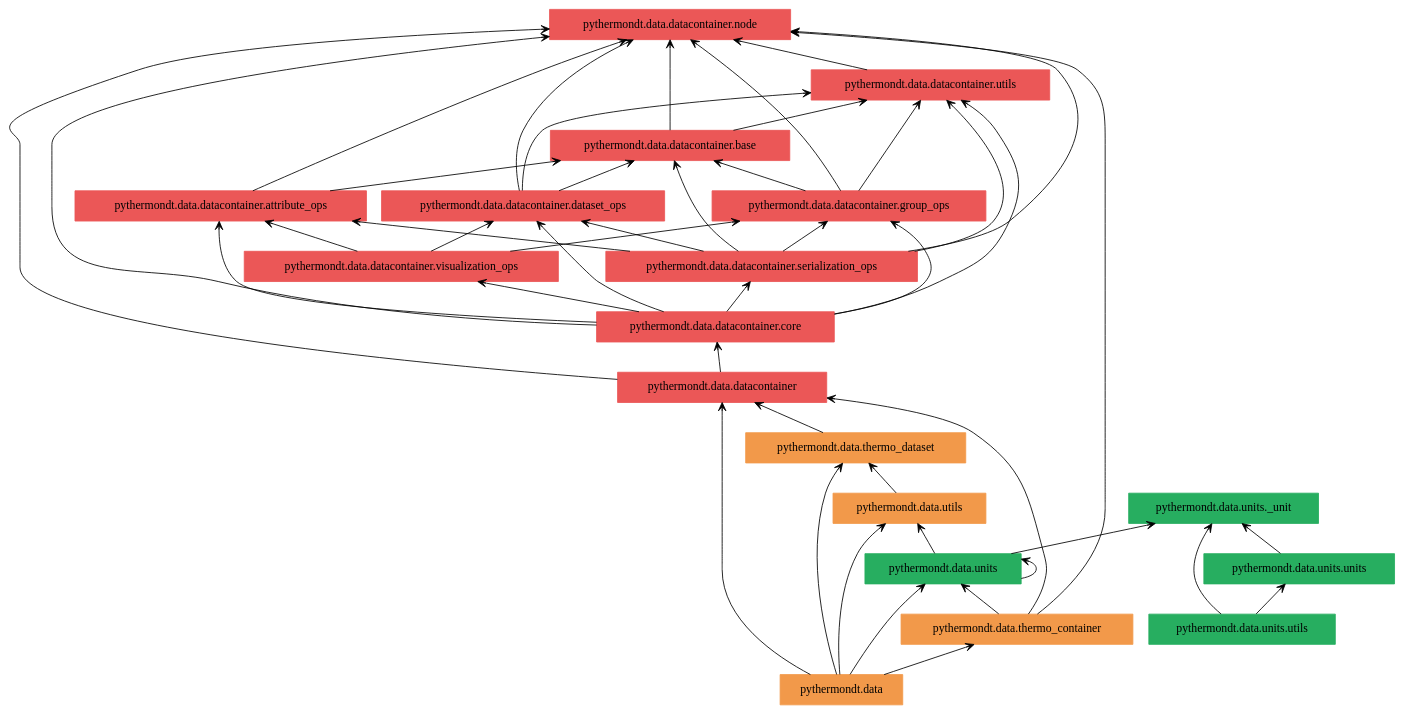
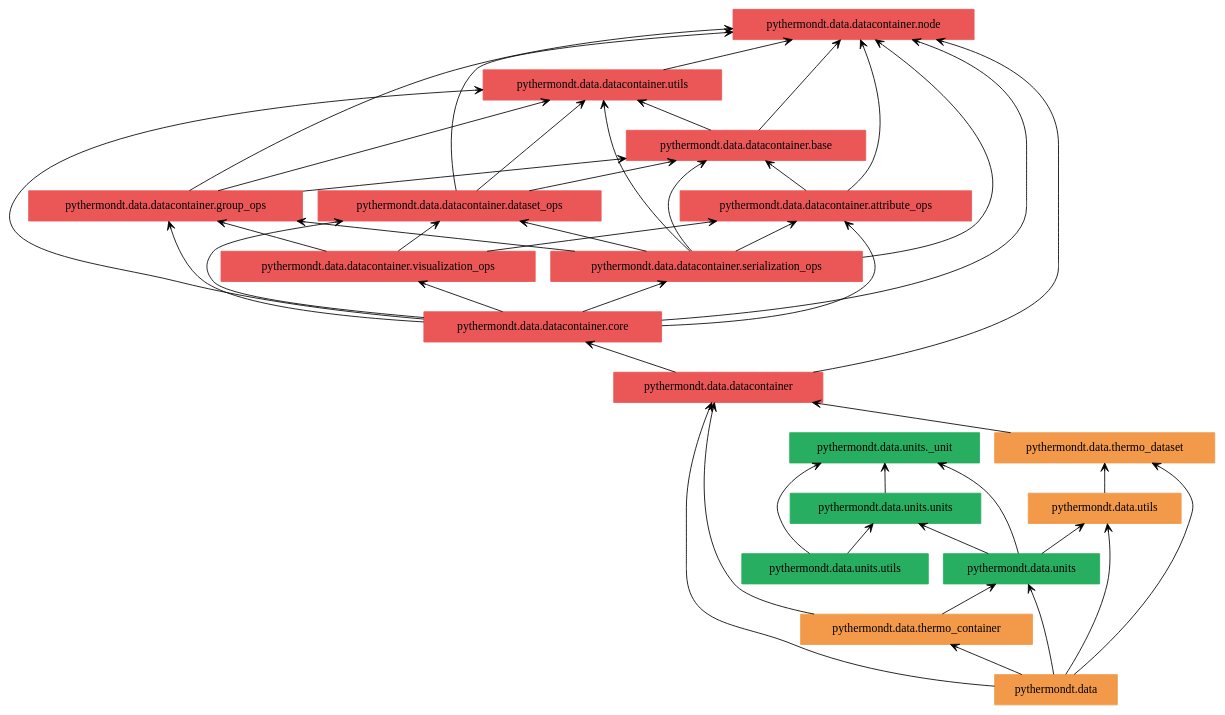
Before and after one commit to voidsy-gmbh/pyThermoNDT: the diagram in docs/pyreverse/graphviz/packages_pythermondt.data.gv, drawn with Graphviz. The commit also changed 17 other files, not shown here.

Commit message:
Update pyreverse diagrams (#54)

```diff
--- a/docs/pyreverse/graphviz/packages_pythermondt.data.gv
+++ b/docs/pyreverse/graphviz/packages_pythermondt.data.gv
@@ -1,67 +1,66 @@
 digraph "packages_pythermondt.data" {
 rankdir=BT
 charset="utf-8"
 "pythermondt.data" [color="#F2994A", label=<pythermondt.data>, shape="box", style="filled"];
 "pythermondt.data.datacontainer" [color="#EB5757", label=<pythermondt.data.datacontainer>, shape="box", style="filled"];
 "pythermondt.data.datacontainer.attribute_ops" [color="#EB5757", label=<pythermondt.data.datacontainer.attribute_ops>, shape="box", style="filled"];
 "pythermondt.data.datacontainer.base" [color="#EB5757", label=<pythermondt.data.datacontainer.base>, shape="box", style="filled"];
 "pythermondt.data.datacontainer.core" [color="#EB5757", label=<pythermondt.data.datacontainer.core>, shape="box", style="filled"];
 "pythermondt.data.datacontainer.dataset_ops" [color="#EB5757", label=<pythermondt.data.datacontainer.dataset_ops>, shape="box", style="filled"];
 "pythermondt.data.datacontainer.group_ops" [color="#EB5757", label=<pythermondt.data.datacontainer.group_ops>, shape="box", style="filled"];
 "pythermondt.data.datacontainer.node" [color="#EB5757", label=<pythermondt.data.datacontainer.node>, shape="box", style="filled"];
 "pythermondt.data.datacontainer.serialization_ops" [color="#EB5757", label=<pythermondt.data.datacontainer.serialization_ops>, shape="box", style="filled"];
 "pythermondt.data.datacontainer.utils" [color="#EB5757", label=<pythermondt.data.datacontainer.utils>, shape="box", style="filled"];
 "pythermondt.data.datacontainer.visualization_ops" [color="#EB5757", label=<pythermondt.data.datacontainer.visualization_ops>, shape="box", style="filled"];
 "pythermondt.data.thermo_container" [color="#F2994A", label=<pythermondt.data.thermo_container>, shape="box", style="filled"];
 "pythermondt.data.thermo_dataset" [color="#F2994A", label=<pythermondt.data.thermo_dataset>, shape="box", style="filled"];
 "pythermondt.data.units" [color="#27AE60", label=<pythermondt.data.units>, shape="box", style="filled"];
 "pythermondt.data.units._unit" [color="#27AE60", label=<pythermondt.data.units._unit>, shape="box", style="filled"];
 "pythermondt.data.units.units" [color="#27AE60", label=<pythermondt.data.units.units>, shape="box", style="filled"];
 "pythermondt.data.units.utils" [color="#27AE60", label=<pythermondt.data.units.utils>, shape="box", style="filled"];
 "pythermondt.data.utils" [color="#F2994A", label=<pythermondt.data.utils>, shape="box", style="filled"];
 "pythermondt.data" -> "pythermondt.data.datacontainer" [arrowhead="open", arrowtail="none"];
 "pythermondt.data" -> "pythermondt.data.thermo_container" [arrowhead="open", arrowtail="none"];
 "pythermondt.data" -> "pythermondt.data.thermo_dataset" [arrowhead="open", arrowtail="none"];
 "pythermondt.data" -> "pythermondt.data.units" [arrowhead="open", arrowtail="none"];
 "pythermondt.data" -> "pythermondt.data.utils" [arrowhead="open", arrowtail="none"];
 "pythermondt.data.datacontainer" -> "pythermondt.data.datacontainer.core" [arrowhead="open", arrowtail="none"];
 "pythermondt.data.datacontainer" -> "pythermondt.data.datacontainer.node" [arrowhead="open", arrowtail="none"];
 "pythermondt.data.datacontainer.attribute_ops" -> "pythermondt.data.datacontainer.base" [arrowhead="open", arrowtail="none"];
 "pythermondt.data.datacontainer.attribute_ops" -> "pythermondt.data.datacontainer.node" [arrowhead="open", arrowtail="none"];
 "pythermondt.data.datacontainer.base" -> "pythermondt.data.datacontainer.node" [arrowhead="open", arrowtail="none"];
 "pythermondt.data.datacontainer.base" -> "pythermondt.data.datacontainer.utils" [arrowhead="open", arrowtail="none"];
 "pythermondt.data.datacontainer.core" -> "pythermondt.data.datacontainer.attribute_ops" [arrowhead="open", arrowtail="none"];
 "pythermondt.data.datacontainer.core" -> "pythermondt.data.datacontainer.dataset_ops" [arrowhead="open", arrowtail="none"];
 "pythermondt.data.datacontainer.core" -> "pythermondt.data.datacontainer.group_ops" [arrowhead="open", arrowtail="none"];
 "pythermondt.data.datacontainer.core" -> "pythermondt.data.datacontainer.node" [arrowhead="open", arrowtail="none"];
 "pythermondt.data.datacontainer.core" -> "pythermondt.data.datacontainer.serialization_ops" [arrowhead="open", arrowtail="none"];
 "pythermondt.data.datacontainer.core" -> "pythermondt.data.datacontainer.utils" [arrowhead="open", arrowtail="none"];
 "pythermondt.data.datacontainer.core" -> "pythermondt.data.datacontainer.visualization_ops" [arrowhead="open", arrowtail="none"];
 "pythermondt.data.datacontainer.dataset_ops" -> "pythermondt.data.datacontainer.base" [arrowhead="open", arrowtail="none"];
 "pythermondt.data.datacontainer.dataset_ops" -> "pythermondt.data.datacontainer.node" [arrowhead="open", arrowtail="none"];
 "pythermondt.data.datacontainer.dataset_ops" -> "pythermondt.data.datacontainer.utils" [arrowhead="open", arrowtail="none"];
 "pythermondt.data.datacontainer.group_ops" -> "pythermondt.data.datacontainer.base" [arrowhead="open", arrowtail="none"];
 "pythermondt.data.datacontainer.group_ops" -> "pythermondt.data.datacontainer.node" [arrowhead="open", arrowtail="none"];
 "pythermondt.data.datacontainer.group_ops" -> "pythermondt.data.datacontainer.utils" [arrowhead="open", arrowtail="none"];
 "pythermondt.data.datacontainer.serialization_ops" -> "pythermondt.data.datacontainer.attribute_ops" [arrowhead="open", arrowtail="none"];
 "pythermondt.data.datacontainer.serialization_ops" -> "pythermondt.data.datacontainer.base" [arrowhead="open", arrowtail="none"];
 "pythermondt.data.datacontainer.serialization_ops" -> "pythermondt.data.datacontainer.dataset_ops" [arrowhead="open", arrowtail="none"];
 "pythermondt.data.datacontainer.serialization_ops" -> "pythermondt.data.datacontainer.group_ops" [arrowhead="open", arrowtail="none"];
 "pythermondt.data.datacontainer.serialization_ops" -> "pythermondt.data.datacontainer.node" [arrowhead="open", arrowtail="none"];
 "pythermondt.data.datacontainer.serialization_ops" -> "pythermondt.data.datacontainer.utils" [arrowhead="open", arrowtail="none"];
 "pythermondt.data.datacontainer.utils" -> "pythermondt.data.datacontainer.node" [arrowhead="open", arrowtail="none"];
 "pythermondt.data.datacontainer.visualization_ops" -> "pythermondt.data.datacontainer.attribute_ops" [arrowhead="open", arrowtail="none"];
 "pythermondt.data.datacontainer.visualization_ops" -> "pythermondt.data.datacontainer.dataset_ops" [arrowhead="open", arrowtail="none"];
 "pythermondt.data.datacontainer.visualization_ops" -> "pythermondt.data.datacontainer.group_ops" [arrowhead="open", arrowtail="none"];
 "pythermondt.data.thermo_container" -> "pythermondt.data.datacontainer" [arrowhead="open", arrowtail="none"];
-"pythermondt.data.thermo_container" -> "pythermondt.data.datacontainer.node" [arrowhead="open", arrowtail="none"];
 "pythermondt.data.thermo_container" -> "pythermondt.data.units" [arrowhead="open", arrowtail="none"];
 "pythermondt.data.thermo_dataset" -> "pythermondt.data.datacontainer" [arrowhead="open", arrowtail="none"];
-"pythermondt.data.units" -> "pythermondt.data.units" [arrowhead="open", arrowtail="none"];
 "pythermondt.data.units" -> "pythermondt.data.units._unit" [arrowhead="open", arrowtail="none"];
+"pythermondt.data.units" -> "pythermondt.data.units.units" [arrowhead="open", arrowtail="none"];
 "pythermondt.data.units" -> "pythermondt.data.utils" [arrowhead="open", arrowtail="none"];
 "pythermondt.data.units.units" -> "pythermondt.data.units._unit" [arrowhead="open", arrowtail="none"];
 "pythermondt.data.units.utils" -> "pythermondt.data.units._unit" [arrowhead="open", arrowtail="none"];
 "pythermondt.data.units.utils" -> "pythermondt.data.units.units" [arrowhead="open", arrowtail="none"];
 "pythermondt.data.utils" -> "pythermondt.data.thermo_dataset" [arrowhead="open", arrowtail="none"];
 }
```
